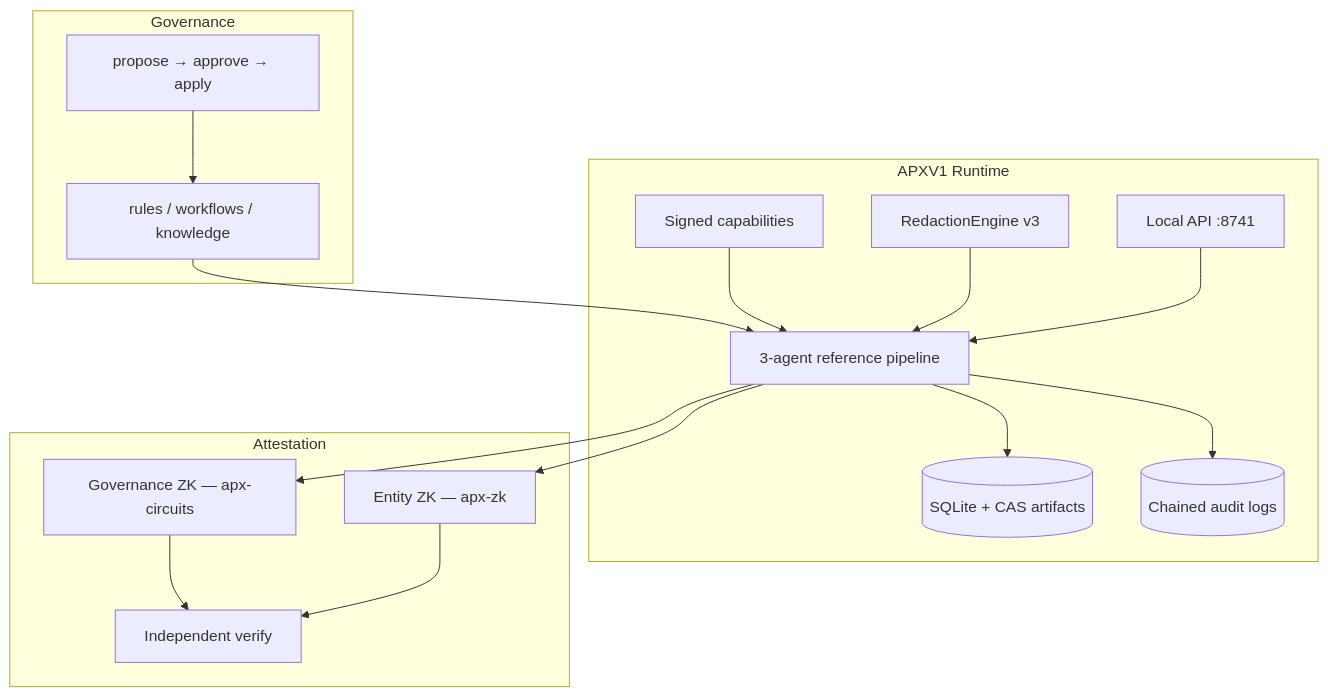
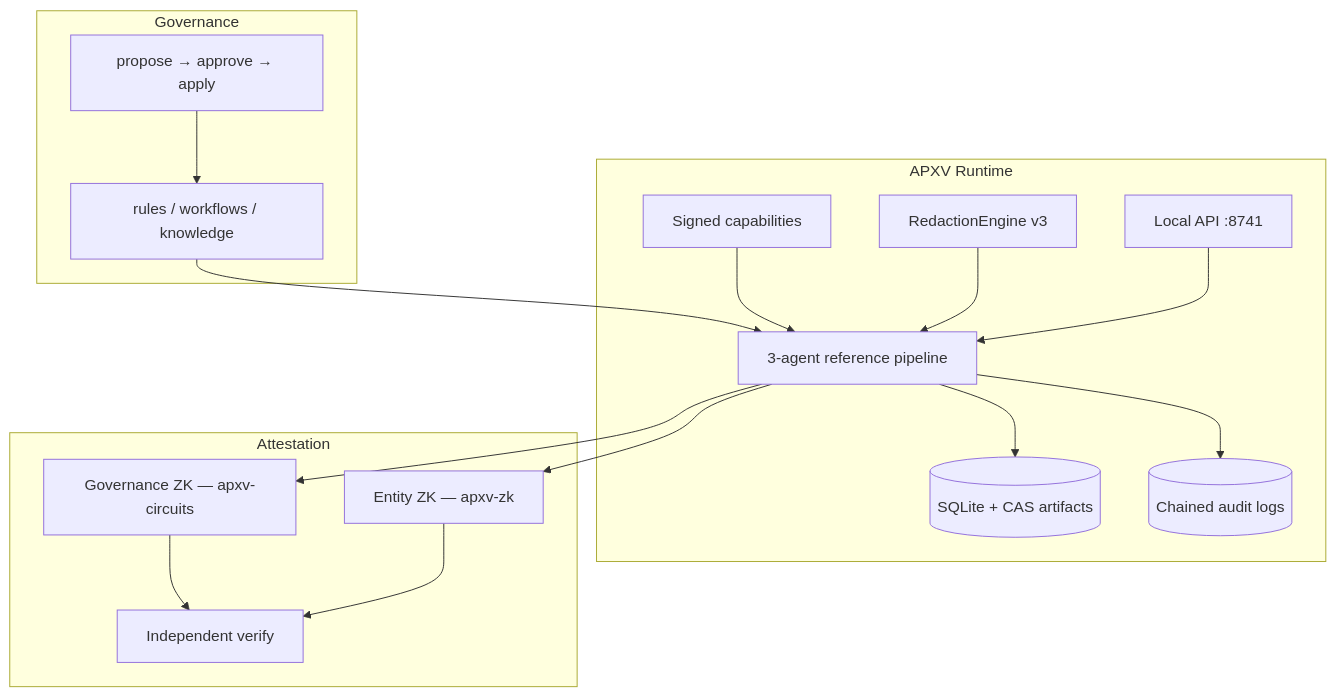
One commit to APXV-Official/APXV changed the diagram in PROJECT-OVERVIEW.md. Above: the diagram before and after it, drawn with Mermaid. The commit also changed other lines of this file and 513 other files, not shown here.

````diff
--- a/PROJECT-OVERVIEW.md
+++ b/PROJECT-OVERVIEW.md
@@ -52,34 +52,34 @@
 ```mermaid
 flowchart TB
   subgraph governance [Governance]
     Rules[rules / workflows / knowledge]
     Approval[propose → approve → apply]
   end
 
-  subgraph runtime [APXV1 Runtime]
+  subgraph runtime [APXV Runtime]
     API[Local API :8741]
     Cap[Signed capabilities]
     Redact[RedactionEngine v3]
     Agents[3-agent reference pipeline]
     Store[(SQLite + CAS artifacts)]
     Audit[(Chained audit logs)]
   end
 
   subgraph crypto [Attestation]
-    ZKA[Governance ZK — apx-circuits]
-    ZKB[Entity ZK — apx-zk]
+    ZKA[Governance ZK — apxv-circuits]
+    ZKB[Entity ZK — apxv-zk]
     Verify[Independent verify]
   end
 
   Rules --> Agents
   Approval --> Rules
   Cap --> Agents
   Redact --> Agents
   Agents --> Store
   Agents --> Audit
   Agents --> ZKA
   Agents --> ZKB
   ZKA --> Verify
   ZKB --> Verify
   API --> Agents
 ```
````
